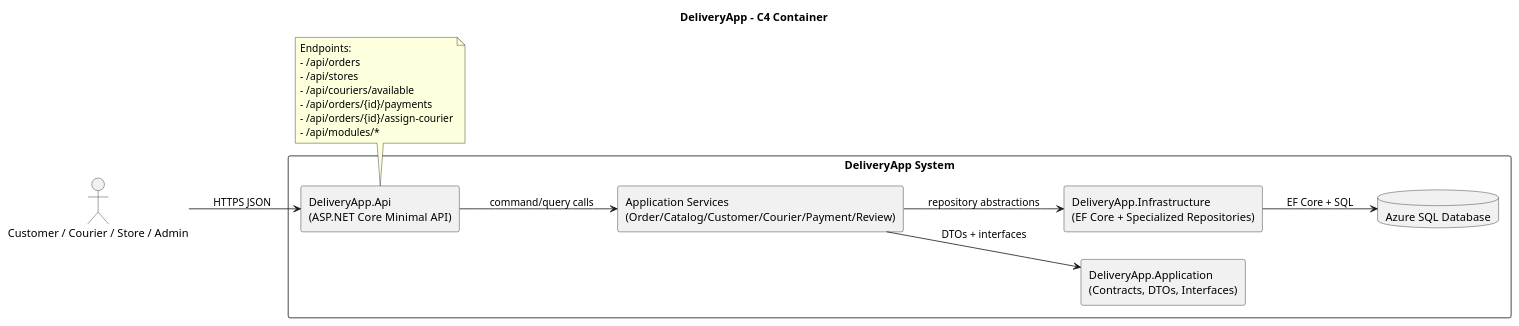
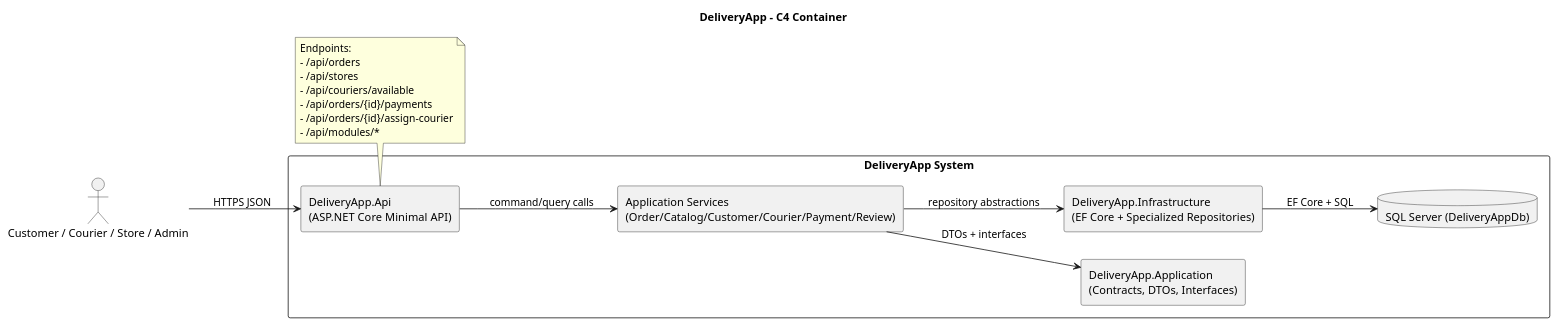
Before and after one commit to Mouffffff/DeliveryApp: the diagram in docs/architecture/deliveryapp-c4-container.puml, drawn with PlantUML. The commit also changed 8 other files, not shown here.

Commit message:
docs: align architecture and API workflow documentation

```diff
--- a/docs/architecture/deliveryapp-c4-container.puml
+++ b/docs/architecture/deliveryapp-c4-container.puml
@@ -1,32 +1,32 @@
 @startuml
 title DeliveryApp - C4 Container
 left to right direction
 skinparam packageStyle rectangle
 
 actor "Customer / Courier / Store / Admin" as User
 
 rectangle "DeliveryApp System" {
   rectangle "DeliveryApp.Api\n(ASP.NET Core Minimal API)" as Api
   rectangle "Application Services\n(Order/Catalog/Customer/Courier/Payment/Review)" as Service
   rectangle "DeliveryApp.Application\n(Contracts, DTOs, Interfaces)" as Application
   rectangle "DeliveryApp.Infrastructure\n(EF Core + Specialized Repositories)" as Infrastructure
-  database "Azure SQL Database" as SqlDb
+  database "SQL Server (DeliveryAppDb)" as SqlDb
 }
 
 User --> Api : HTTPS JSON
 Api --> Service : command/query calls
 Service --> Application : DTOs + interfaces
 Service --> Infrastructure : repository abstractions
 Infrastructure --> SqlDb : EF Core + SQL
 
 note bottom of Api
 Endpoints:
 - /api/orders
 - /api/stores
 - /api/couriers/available
 - /api/orders/{id}/payments
 - /api/orders/{id}/assign-courier
 - /api/modules/*
 end note
 
 @enduml
```
